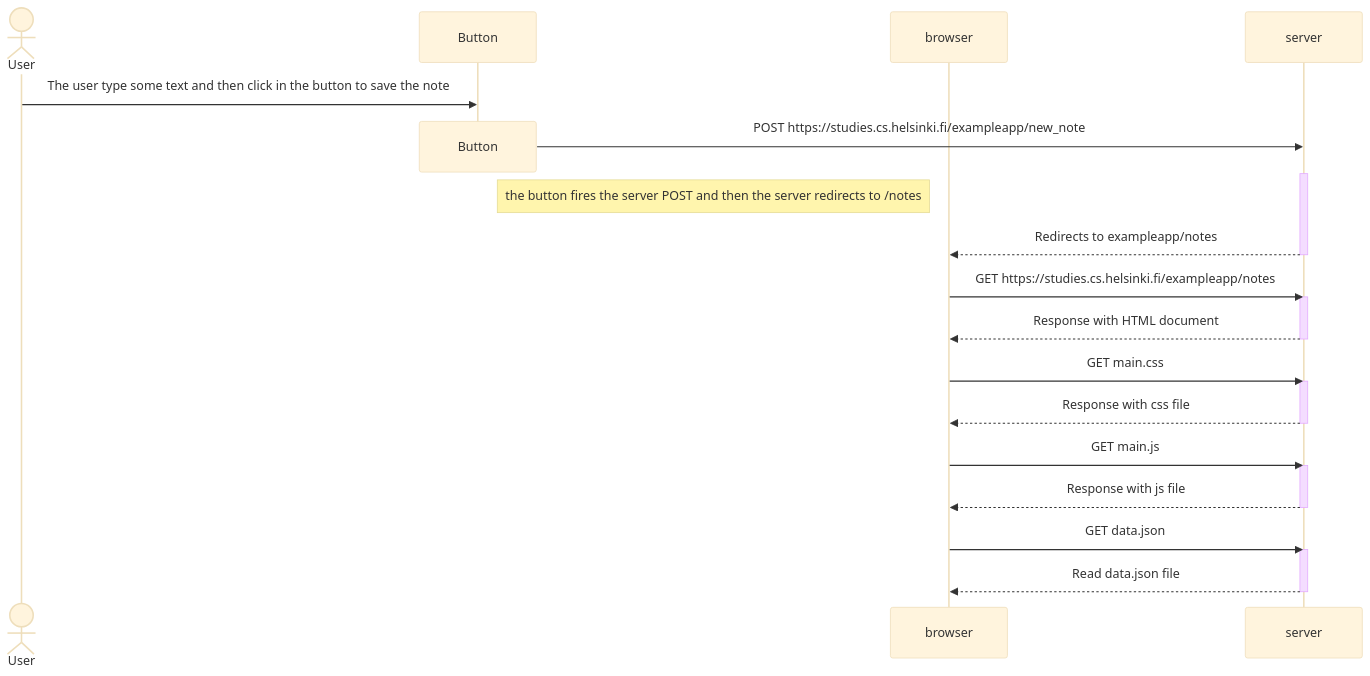
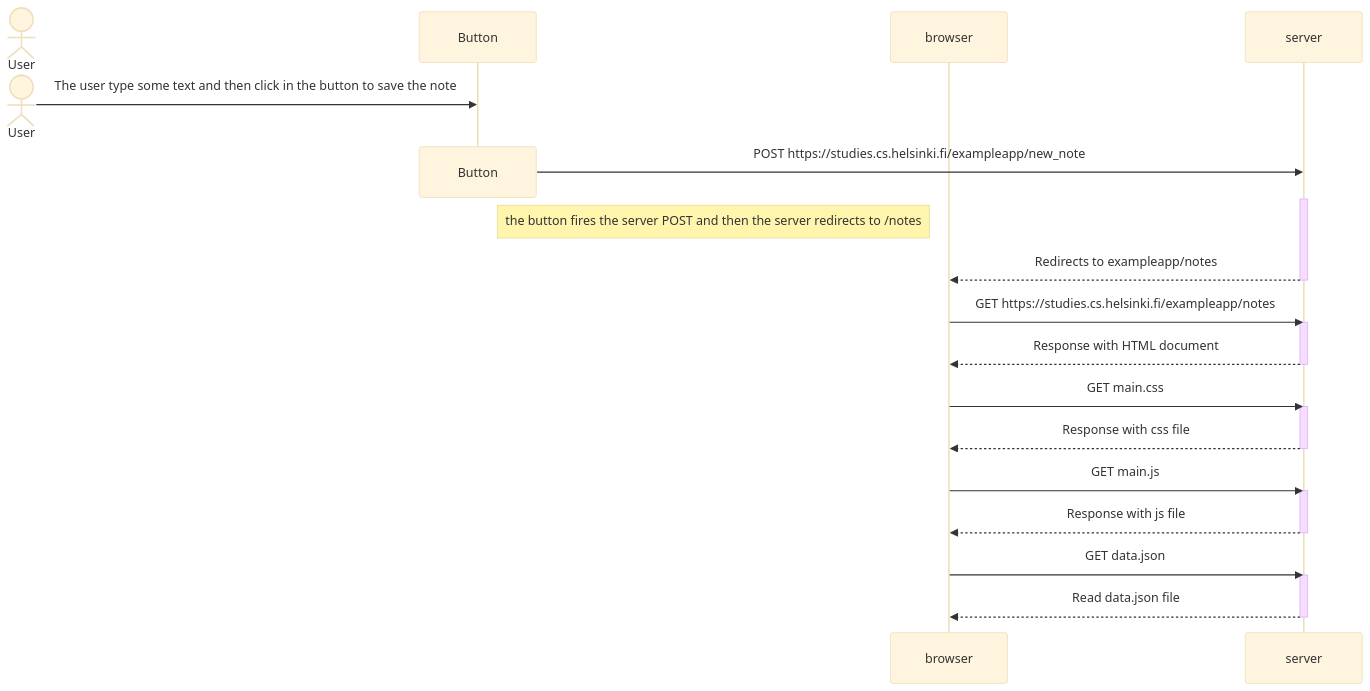
Before and after one commit to LucasMontecino/fullstackopen: the diagram in part0/0.4.md, drawn with Mermaid (base theme).

Commit message:
Fix sequence diagram by removing unnecessary destroy statement for User actor

````diff
--- a/part0/0.4.md
+++ b/part0/0.4.md
@@ -1,39 +1,39 @@
 ```mermaid
     sequenceDiagram
     actor User
     participant Button
     participant browser
     participant server
 
+    destroy User
     User->>Button: The user type some text and then click in the button to save the note
-
     destroy Button
     Button->>server: POST https://studies.cs.helsinki.fi/exampleapp/new_note
     activate server
     Note right of Button: the button fires the server POST and then the server redirects to /notes
     server-->>browser: Redirects to exampleapp/notes
     deactivate server
 
     browser->>server: GET https://studies.cs.helsinki.fi/exampleapp/notes
     activate server
     server-->>browser: Response with HTML document
     deactivate server
 
     browser->>server: GET main.css
     activate server
     server-->>browser: Response with css file
     deactivate server
 
     browser->>server: GET main.js
     activate server
     server-->>browser: Response with js file
     deactivate server
 
     browser->>server: GET data.json
     activate server
     server-->>browser: Read data.json file
     deactivate server
 
 
 
 ```
````
